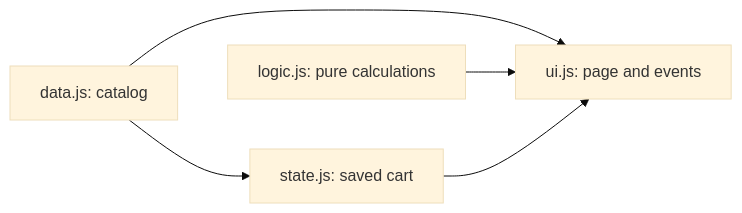
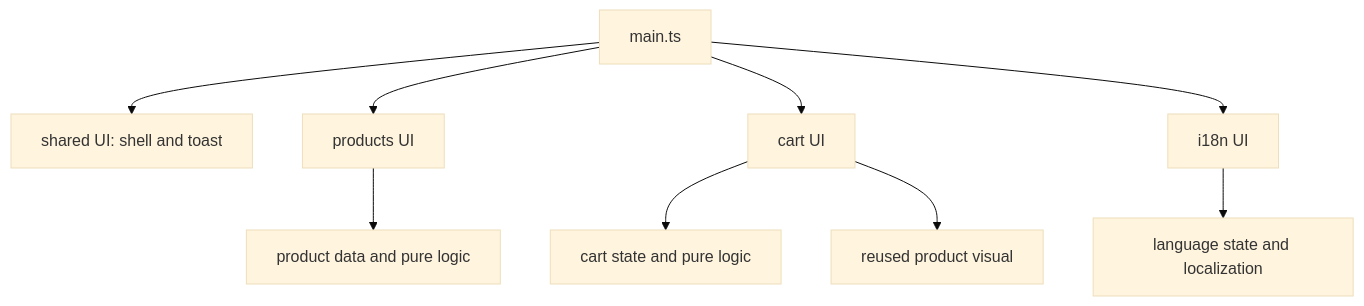
One commit to Alshaima-Dev/ShopBoard changed the diagram in AGENTS.md. Above: the diagram before and after it, drawn with Mermaid (base theme). The commit also changed other lines of this file and 44 other files, not shown here.

````diff
--- a/AGENTS.md
+++ b/AGENTS.md
@@ -31,7 +83,11 @@
 ```mermaid
-flowchart LR
-  D[data.js: catalog] --> S[state.js: saved cart]
-  D --> U[ui.js: page and events]
-  L[logic.js: pure calculations] --> U
-  S --> U
+flowchart TD
+  M[main.ts] --> Shell[shared UI: shell and toast]
+  M --> P[products UI]
+  M --> C[cart UI]
+  M --> I[i18n UI]
+  P --> PD[product data and pure logic]
+  C --> CS[cart state and pure logic]
+  C --> PV[reused product visual]
+  I --> IS[language state and localization]
 ```
````
